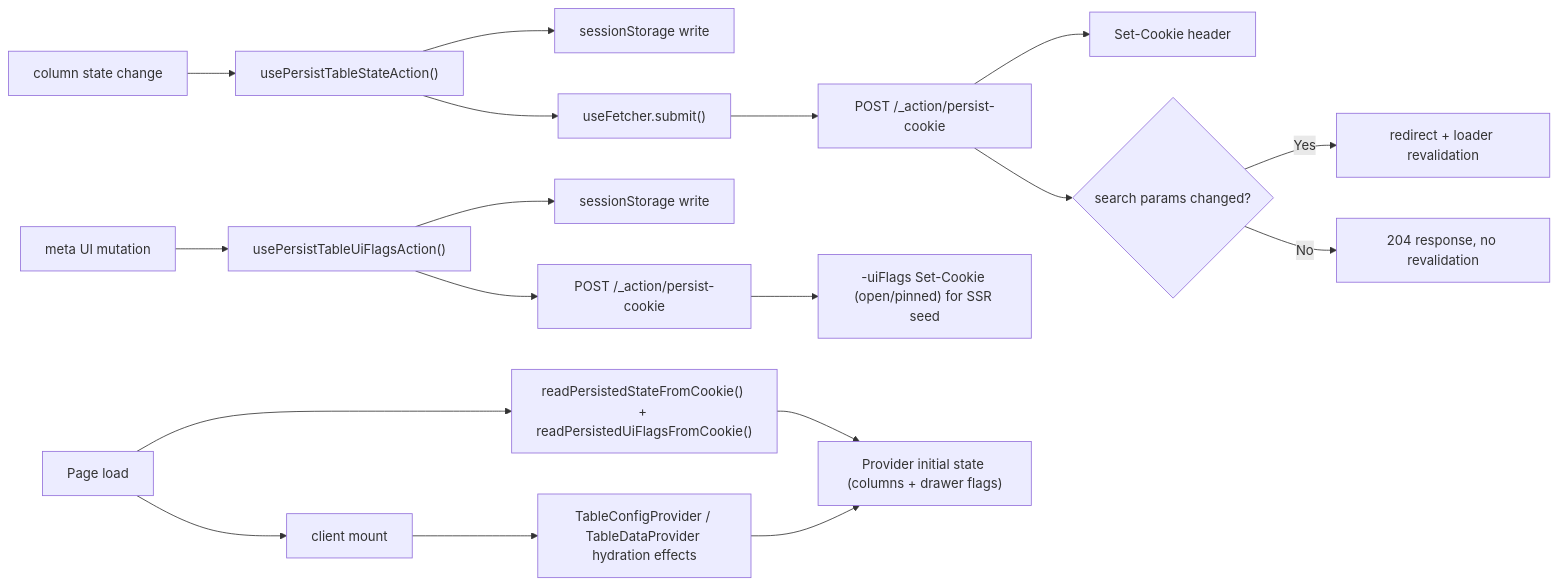
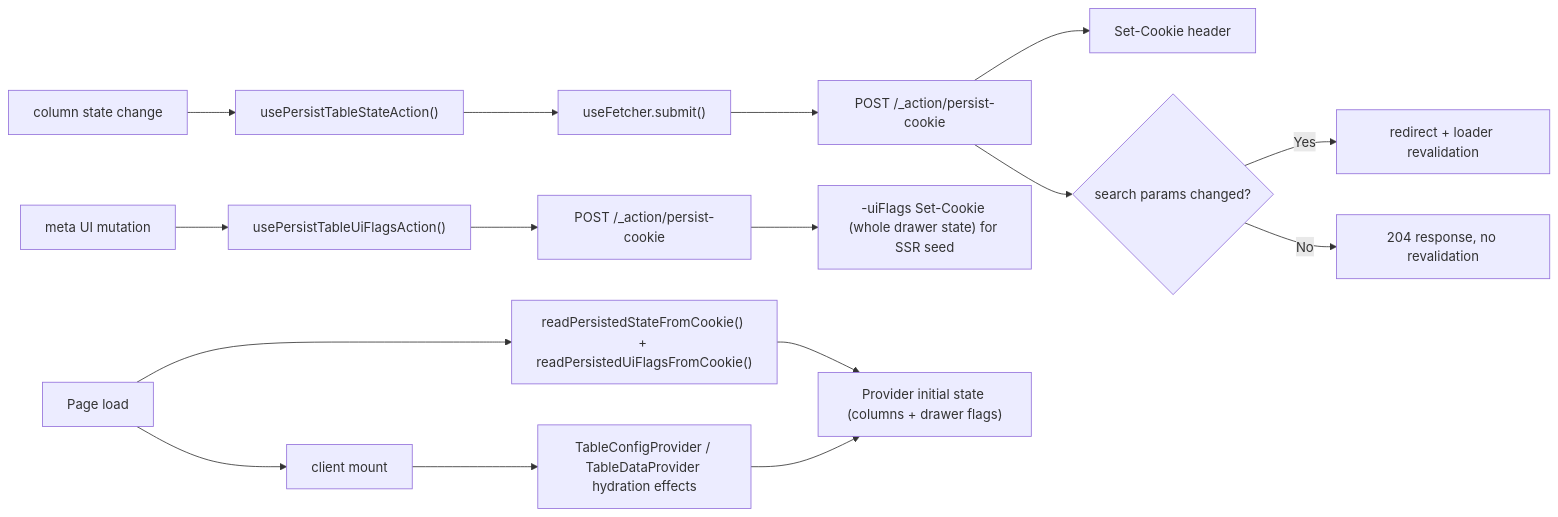
Before and after one commit to luciocabrera/lcabrera-stack: the fourth of 4 diagrams in packages/ui/src/components/Table/ARCHITECTURE.md, drawn with Mermaid. The commit also changed other lines of this file and 1367 other files, not shown here.

````diff
--- a/packages/ui/src/components/Table/ARCHITECTURE.md
+++ b/packages/ui/src/components/Table/ARCHITECTURE.md
@@ -530,22 +531,20 @@
 ```mermaid
 graph LR
   ColumnChange["column state change"] --> ColumnAction["usePersistTableStateAction()"]
-  ColumnAction --> ColumnSession["sessionStorage write"]
   ColumnAction --> Fetcher["useFetcher.submit()"]
   Fetcher --> Route["POST /_action/persist-cookie"]
   Route --> Cookie["Set-Cookie header"]
   Route --> Decision{"search params changed?"}
   Decision -->|Yes| Revalidate["redirect + loader revalidation"]
   Decision -->|No| Stable["204 response, no revalidation"]
 
   MetaChange["meta UI mutation"] --> MetaAction["usePersistTableUiFlagsAction()"]
-  MetaAction --> MetaSession["sessionStorage write"]
   MetaAction --> MetaRoute["POST /_action/persist-cookie"]
-  MetaRoute --> MetaFlagsCookie["-uiFlags Set-Cookie (open/pinned) for SSR seed"]
+  MetaRoute --> MetaFlagsCookie["-uiFlags Set-Cookie (whole drawer state) for SSR seed"]
 
   Load["Page load"] --> CookieRead["readPersistedStateFromCookie() + readPersistedUiFlagsFromCookie()"]
   CookieRead --> Init["Provider initial state (columns + drawer flags)"]
   Load --> Mount["client mount"]
-  Mount --> SessionRead["TableConfigProvider / TableDataProvider hydration effects"]
-  SessionRead --> Init
+  Mount --> Hydrate["TableConfigProvider / TableDataProvider hydration effects"]
+  Hydrate --> Init
 ```
````
